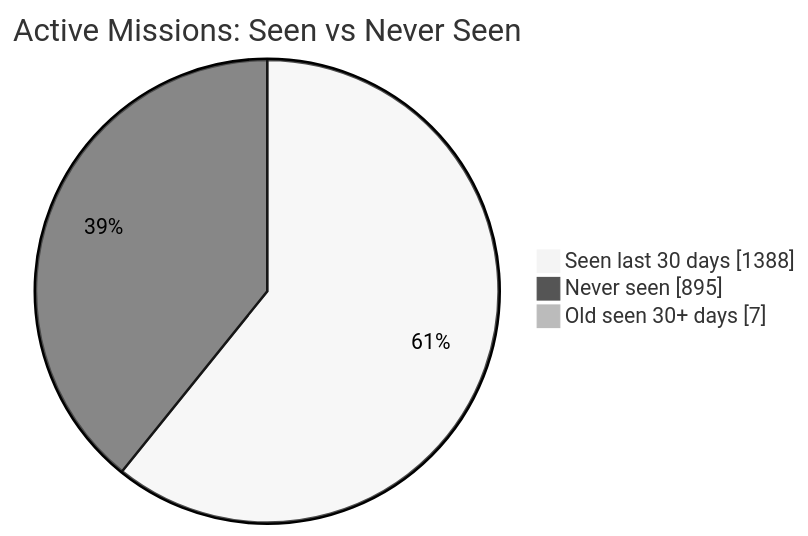
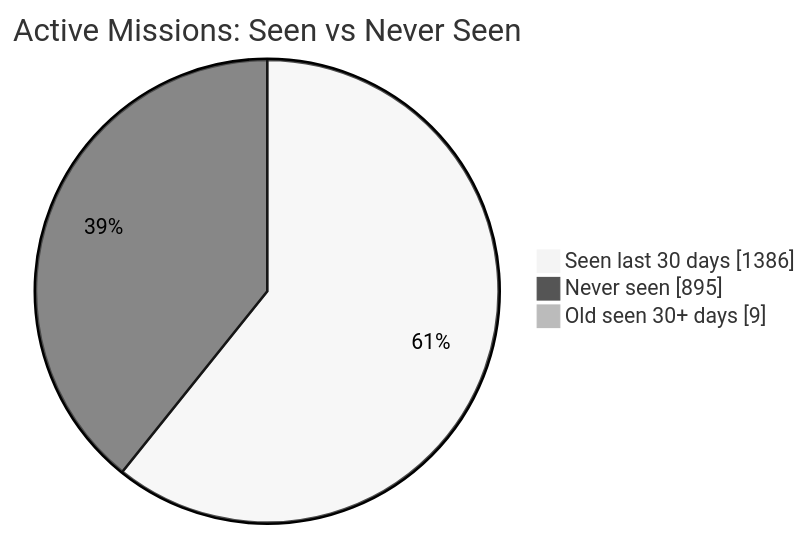
Before and after one commit to MeldkamerspelGameTeam/active-missions: the first of 2 diagrams in README.md, drawn with Mermaid (neutral theme). The commit also changed other lines of this file and 3 other files, not shown here.

````diff
--- a/README.md
+++ b/README.md
@@ -34,7 +34,7 @@
 ```mermaid
 pie showData
     title Active Missions: Seen vs Never Seen
-    "Seen last 30 days" : 1388
+    "Seen last 30 days" : 1386
     "Never seen" : 895
-    "Old seen 30+ days" : 7
+    "Old seen 30+ days" : 9
 ```
````
